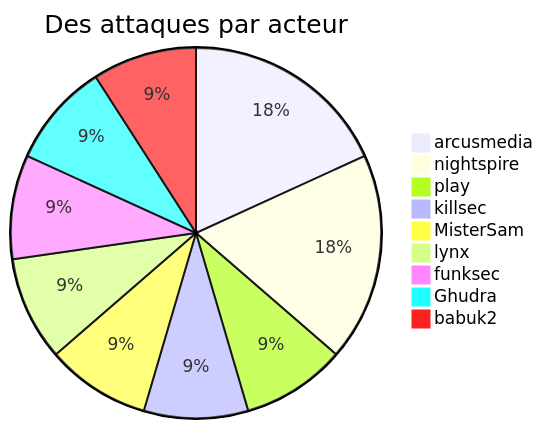
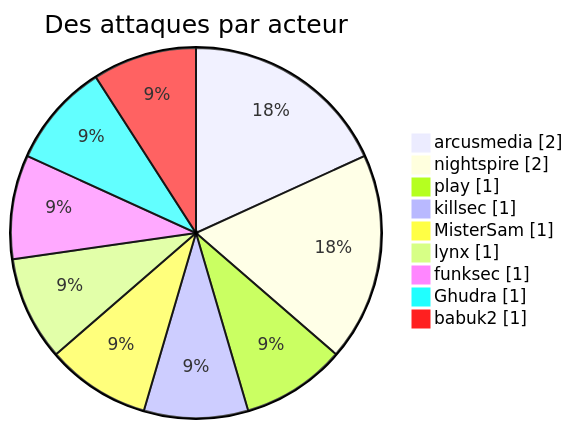
One commit to Hatchepsoute/AFRINTEL changed the first of 7 diagrams in CyberAttackAfrica/2025/03-march/README_FR.md. Above: the diagram before and after it, drawn with Mermaid. The commit also changed other lines of this file and 182 other files, not shown here.

````diff
--- a/CyberAttackAfrica/2025/03-march/README_FR.md
+++ b/CyberAttackAfrica/2025/03-march/README_FR.md
@@ -34,12 +37,13 @@
 ```mermaid
-pie title Des attaques par acteur
+pie showData
+    title Des attaques par acteur
     "arcusmedia" : 2
     "nightspire" : 2
     "play" : 1
     "killsec" : 1
     "MisterSam" : 1
     "lynx" : 1
     "funksec" : 1
     "Ghudra" : 1
     "babuk2" : 1
 ```
````
